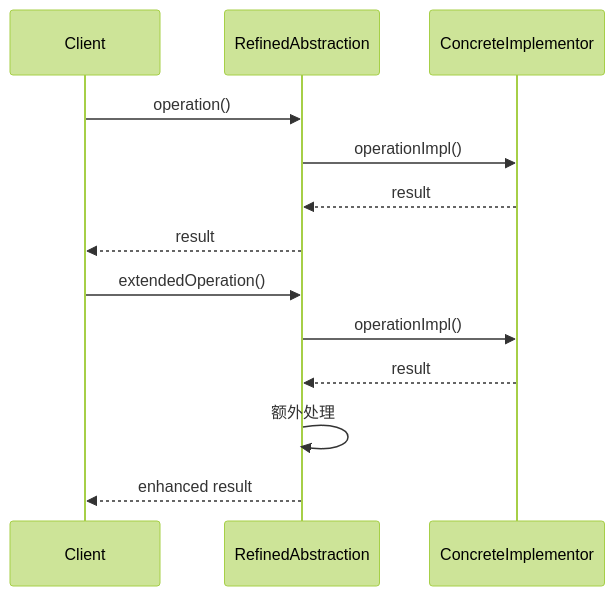
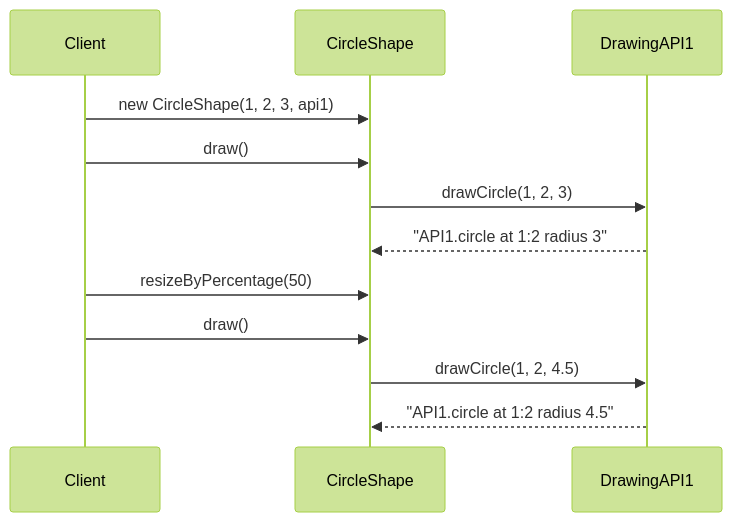
One commit to ANTHEM37/tool-box changed the second of 2 diagrams in docs/design-patterns/structural/bridge.md. Above: the diagram before and after it, drawn with Mermaid (forest theme). The commit also changed other lines of this file and 29 other files, not shown here.

````diff
--- a/docs/design-patterns/structural/bridge.md
+++ b/docs/design-patterns/structural/bridge.md
@@ -57,15 +143,16 @@
 ```mermaid
 sequenceDiagram
     participant Client
-    participant RefinedAbstraction
-    participant ConcreteImplementor
-    Client ->> RefinedAbstraction: operation()
-    RefinedAbstraction ->> ConcreteImplementor: operationImpl()
-    ConcreteImplementor -->> RefinedAbstraction: result
-    RefinedAbstraction -->> Client: result
-    Client ->> RefinedAbstraction: extendedOperation()
-    RefinedAbstraction ->> ConcreteImplementor: operationImpl()
-    ConcreteImplementor -->> RefinedAbstraction: result
-    RefinedAbstraction ->> RefinedAbstraction: 额外处理
-    RefinedAbstraction -->> Client: enhanced result
+    participant CircleShape
+    participant DrawingAPI1
+    
+    Client->>CircleShape: new CircleShape(1, 2, 3, api1)
+    Client->>CircleShape: draw()
+    CircleShape->>DrawingAPI1: drawCircle(1, 2, 3)
+    DrawingAPI1-->>CircleShape: "API1.circle at 1:2 radius 3"
+    
+    Client->>CircleShape: resizeByPercentage(50)
+    Client->>CircleShape: draw()
+    CircleShape->>DrawingAPI1: drawCircle(1, 2, 4.5)
+    DrawingAPI1-->>CircleShape: "API1.circle at 1:2 radius 4.5"
 ```
````
